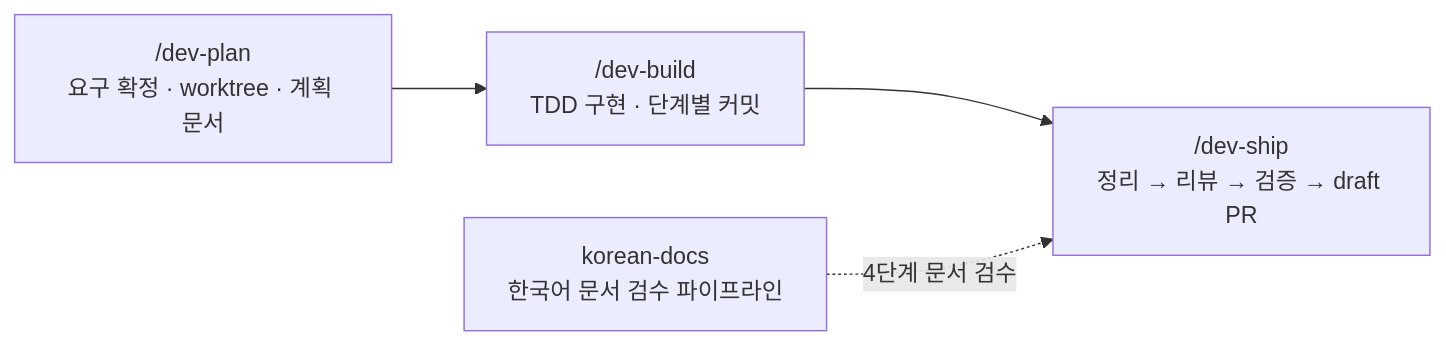
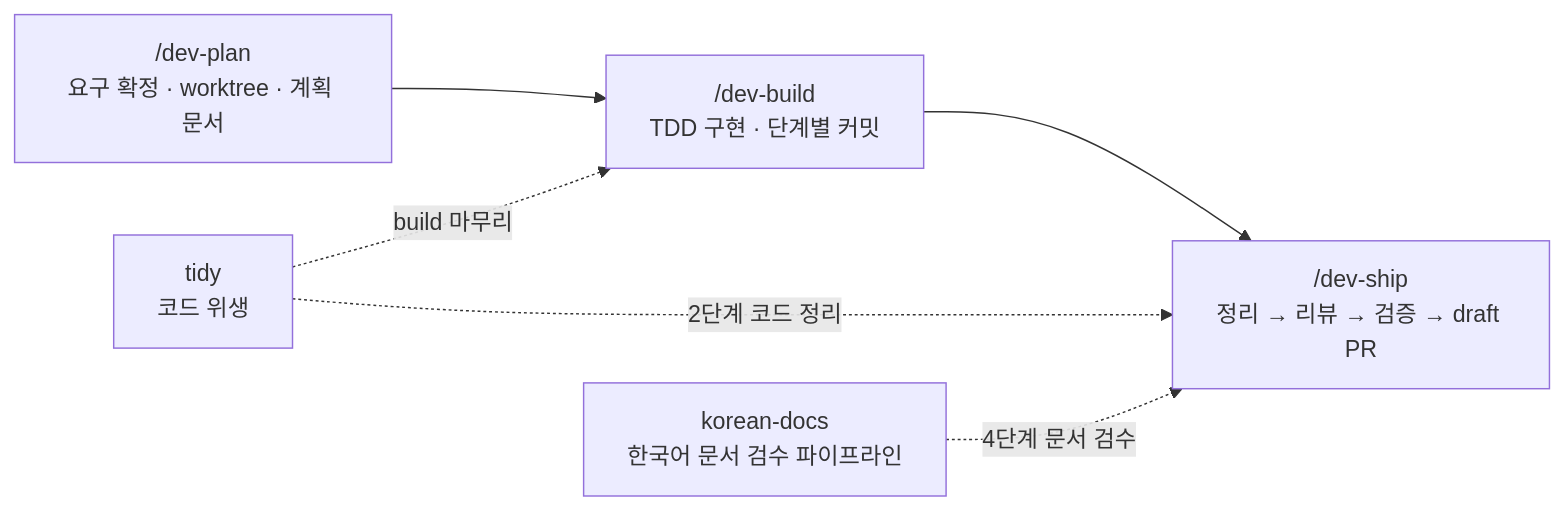
One commit to ruccess/skills changed the diagram in README.md. Above: the diagram before and after it, drawn with Mermaid. The commit also changed other lines of this file and 6 other files, not shown here.

Commit message:
feat: tidy(코드 위생)·context-thrift(토큰 경제) 스킬 추가, dev-build/ship 연결 (v0.3.0)

````diff
--- a/README.md
+++ b/README.md
@@ -10,9 +10,12 @@
 ```mermaid
 flowchart LR
     P["/dev-plan<br/>요구 확정 · worktree · 계획 문서"]
     B["/dev-build<br/>TDD 구현 · 단계별 커밋"]
     S["/dev-ship<br/>정리 → 리뷰 → 검증 → draft PR"]
     K["korean-docs<br/>한국어 문서 검수 파이프라인"]
+    T["tidy<br/>코드 위생"]
     P --> B --> S
+    T -.->|build 마무리| B
+    T -.->|2단계 코드 정리| S
     K -.->|4단계 문서 검수| S
 ```
````
